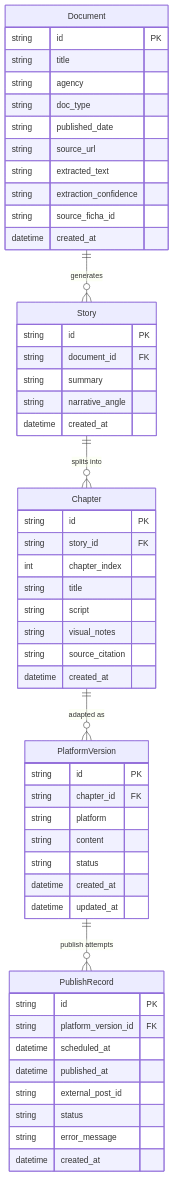
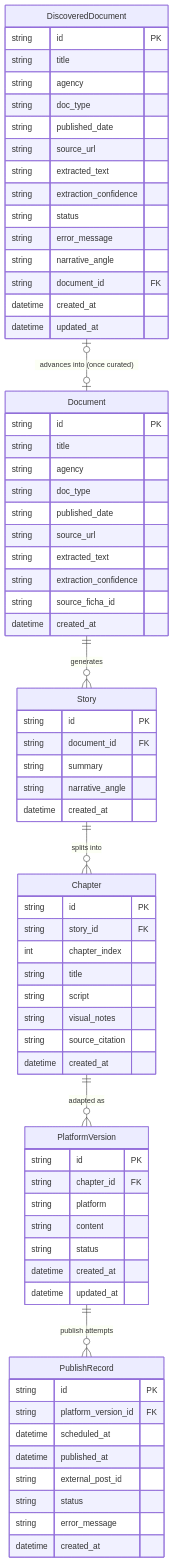
The diagram in docs/data-model.md (cmblandon/SocialNetContentGen), drawn with Mermaid before and after one commit. The commit also changed other lines of this file and 31 other files, not shown here.

````diff
--- a/docs/data-model.md
+++ b/docs/data-model.md
@@ -101,56 +128,74 @@
 ```mermaid
 erDiagram
     Document {
         string id PK
         string title
         string agency
         string doc_type
         string published_date
         string source_url
         string extracted_text
         string extraction_confidence
         string source_ficha_id
         datetime created_at
     }
     Story {
         string id PK
         string document_id FK
         string summary
         string narrative_angle
         datetime created_at
     }
     Chapter {
         string id PK
         string story_id FK
         int chapter_index
         string title
         string script
         string visual_notes
         string source_citation
         datetime created_at
     }
     PlatformVersion {
         string id PK
         string chapter_id FK
         string platform
         string content
         string status
         datetime created_at
         datetime updated_at
     }
     PublishRecord {
         string id PK
         string platform_version_id FK
         datetime scheduled_at
         datetime published_at
         string external_post_id
         string status
         string error_message
         datetime created_at
     }
 
+    DiscoveredDocument {
+        string id PK
+        string title
+        string agency
+        string doc_type
+        string published_date
+        string source_url
+        string extracted_text
+        string extraction_confidence
+        string status
+        string error_message
+        string narrative_angle
+        string document_id FK
+        datetime created_at
+        datetime updated_at
+    }
+
     Document ||--o{ Story : "generates"
     Story ||--o{ Chapter : "splits into"
     Chapter ||--o{ PlatformVersion : "adapted as"
     PlatformVersion ||--o{ PublishRecord : "publish attempts"
+    DiscoveredDocument |o--o| Document : "advances into (once curated)"
 ```
````
